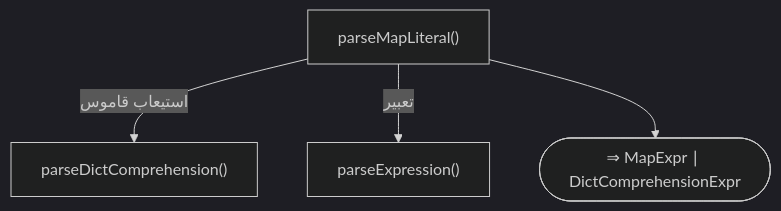
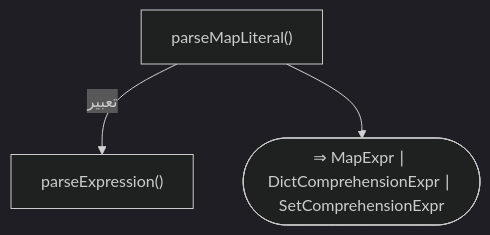
Before and after one commit to sadlang/sadlang: diagram 50 of 51 in docs/parser_rule/_generated/40_expressions.md, drawn with Mermaid (dark theme). The commit also changed other lines of this file and 283 other files, not shown here.

````diff
--- a/docs/parser_rule/_generated/40_expressions.md
+++ b/docs/parser_rule/_generated/40_expressions.md
@@ -1748,10 +1746,8 @@
 ```mermaid
 flowchart TD
   f1["parseMapLiteral()"]
-  f2["parseDictComprehension()"]
-  f1 -- "استيعاب قاموس" --> f2
-  f3["parseExpression()"]
-  f1 -- "تعبير" --> f3
-  f4(["⇒ MapExpr ∣ DictComprehensionExpr"])
-  f1 --> f4
+  f2["parseExpression()"]
+  f1 -- "تعبير" --> f2
+  f3(["⇒ MapExpr ∣ DictComprehensionExpr ∣ SetComprehensionExpr"])
+  f1 --> f3
 ```
````
